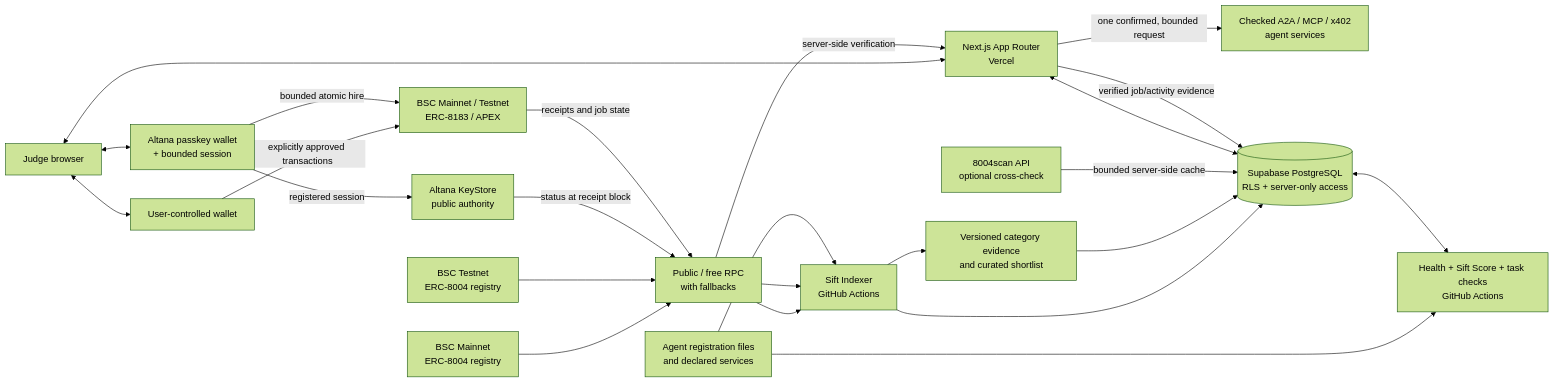
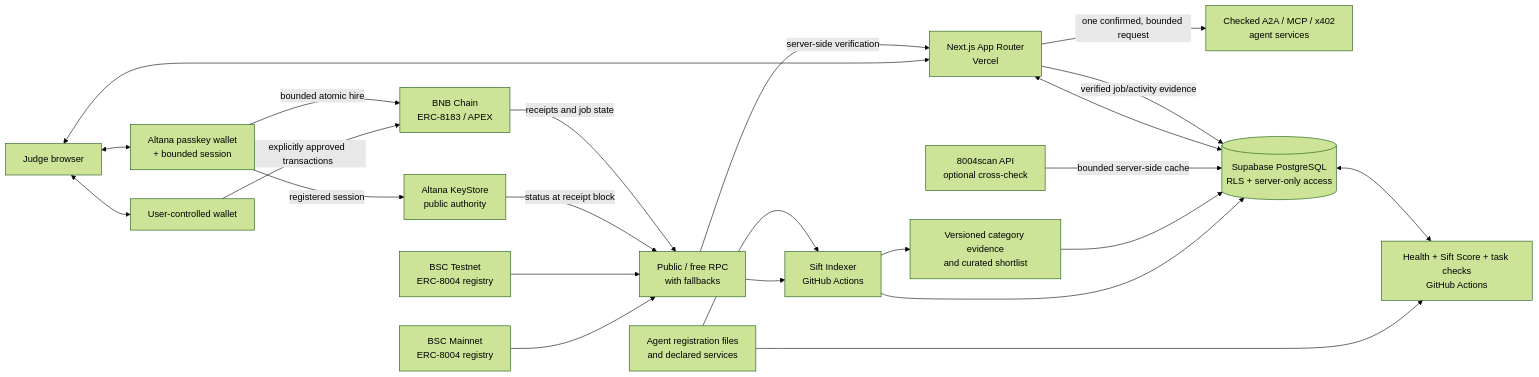
Before and after one commit to taiwo-the-dev/sift: the diagram in docs/architecture.md, drawn with Mermaid (forest theme). The commit also changed other lines of this file and 82 other files, not shown here.

Commit message:
Testnet to Mainnet Implementation

````diff
--- a/docs/architecture.md
+++ b/docs/architecture.md
@@ -7,40 +7,40 @@
 ```mermaid
 flowchart LR
   mainnet["BSC Mainnet\nERC-8004 registry"]
   testnet["BSC Testnet\nERC-8004 registry"]
   rpc["Public / free RPC\nwith fallbacks"]
   metadata["Agent registration files\nand declared services"]
   indexer["Sift Indexer\nGitHub Actions"]
   taxonomy["Versioned category evidence\nand curated shortlist"]
   scan["8004scan API\noptional cross-check"]
   assessment["Health + Sift Score + task checks\nGitHub Actions"]
   direct["Checked A2A / MCP / x402\nagent services"]
   db[("Supabase PostgreSQL\nRLS + server-only access")]
   app["Next.js App Router\nVercel"]
   browser["Judge browser"]
   wallet["User-controlled wallet"]
   altana["Altana passkey wallet\n+ bounded session"]
   keystore["Altana KeyStore\npublic authority"]
-  apex["BSC Mainnet / Testnet\nERC-8183 / APEX"]
+  apex["BNB Chain\nERC-8183 / APEX"]
 
   mainnet --> rpc --> indexer
-  testnet --> rpc --> indexer
+  testnet --> rpc
   metadata --> indexer
   indexer --> db
   indexer --> taxonomy --> db
   scan -->|"bounded server-side cache"| db
   metadata --> assessment
   db <--> assessment
   browser <--> app
   app <--> db
   app -->|"one confirmed, bounded request"| direct
   browser <--> wallet
   wallet -->|"explicitly approved transactions"| apex
   browser <--> altana
   altana -->|"registered session"| keystore
   altana -->|"bounded atomic hire"| apex
   keystore -->|"status at receipt block"| rpc
   apex -->|"receipts and job state"| rpc
   rpc -->|"server-side verification"| app
   app -->|"verified job/activity evidence"| db
 ```
````
